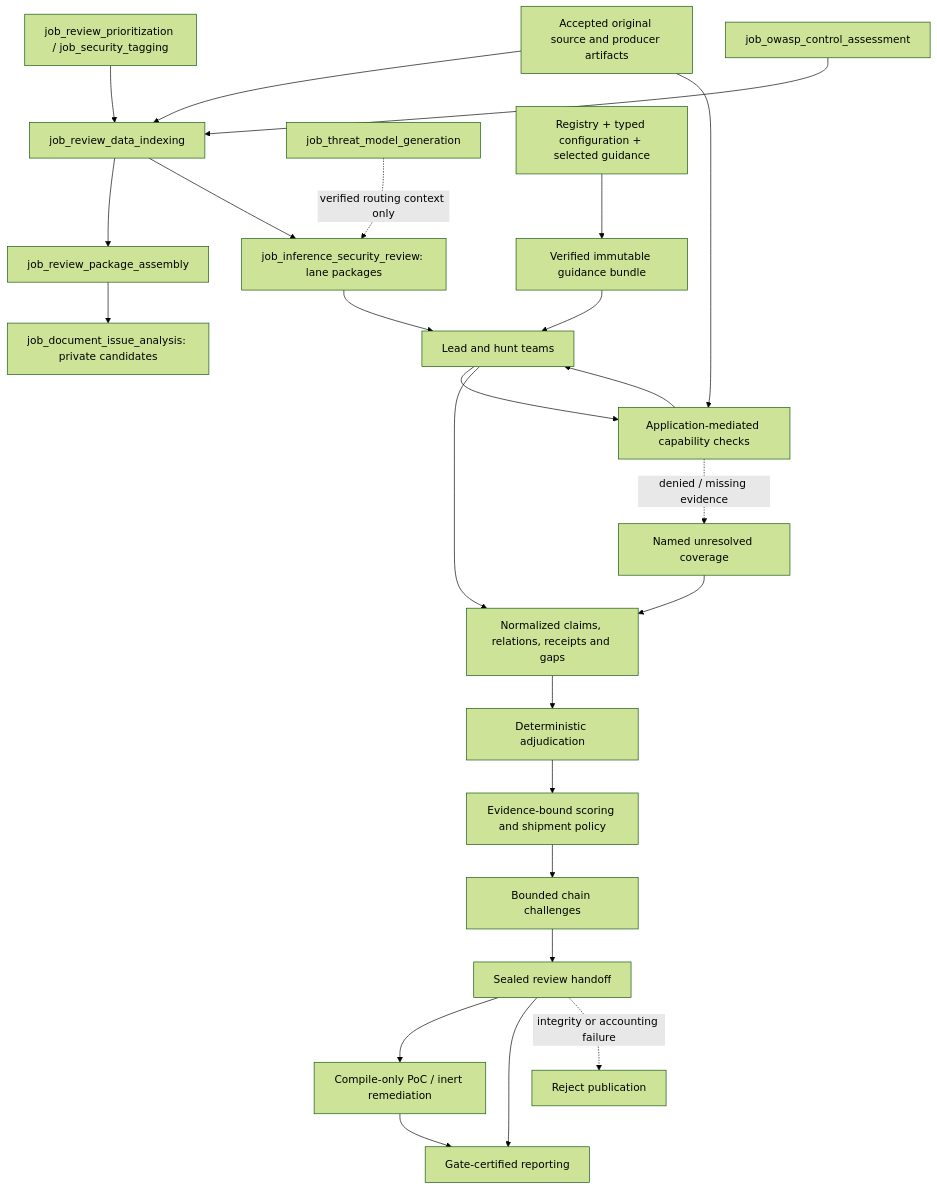
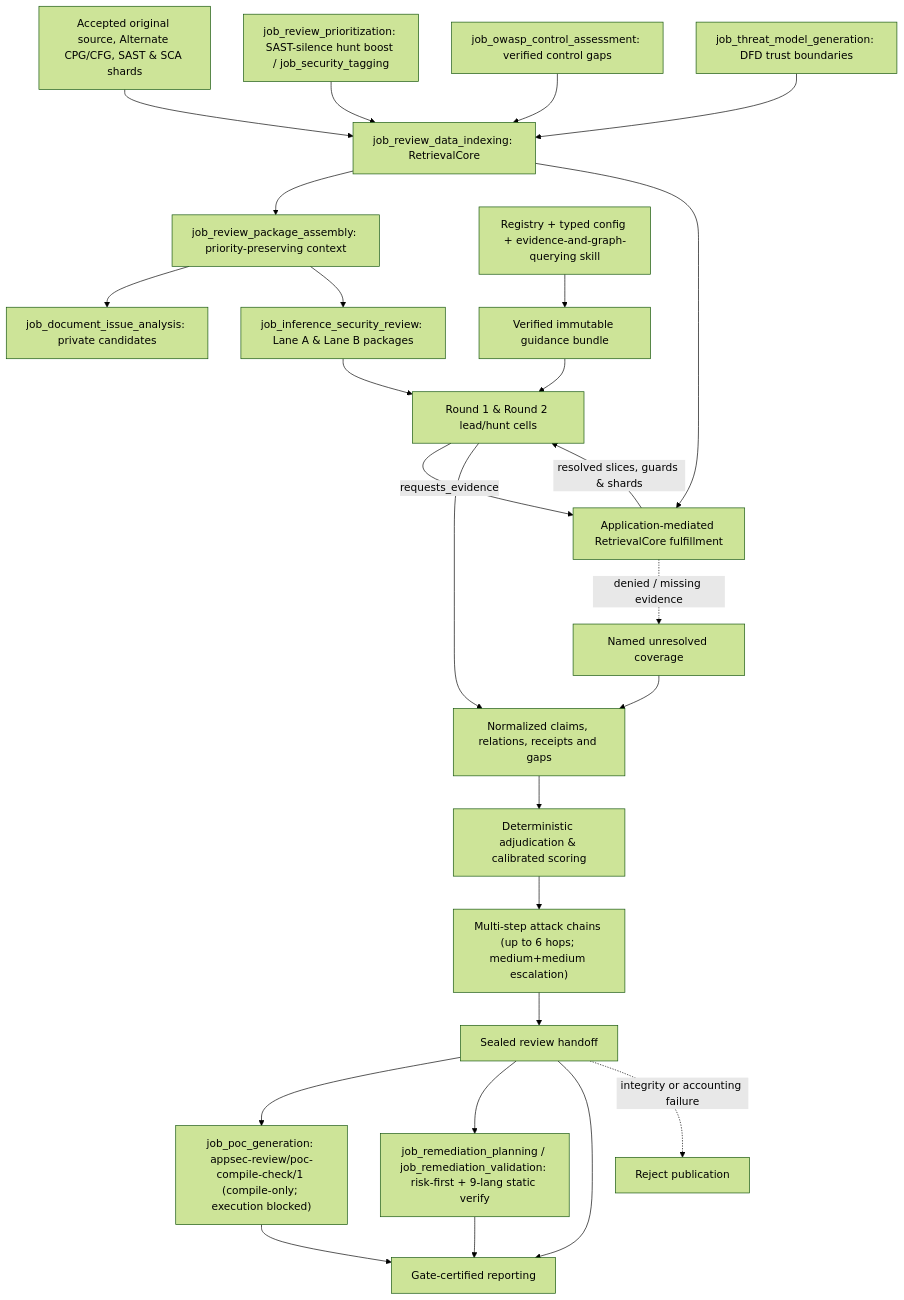
The diagram in docs/architecture/review-inference-and-guidance.md (wsollers/appsec-review), drawn with Mermaid (forest theme) before and after one commit. The commit also changed other lines of this file and 45 other files, not shown here.

First line of the commit message:
docs: reconcile T-168..T-176 registries, architecture diagrams, and generated docs

````diff
--- a/docs/architecture/review-inference-and-guidance.md
+++ b/docs/architecture/review-inference-and-guidance.md
@@ -275,27 +295,28 @@
 ```mermaid
 flowchart TD
-  evidence["Accepted original source and producer artifacts"] --> indexing["job_review_data_indexing"]
-  routing["job_review_prioritization / job_security_tagging"] --> indexing
-  owasp["job_owasp_control_assessment"] --> indexing
-  indexing --> upstream["job_review_package_assembly"]
+  evidence["Accepted original source, Alternate CPG/CFG, SAST & SCA shards"] --> indexing["job_review_data_indexing: RetrievalCore"]
+  routing["job_review_prioritization: SAST-silence hunt boost / job_security_tagging"] --> indexing
+  owasp["job_owasp_control_assessment: verified control gaps"] --> indexing
+  model["job_threat_model_generation: DFD trust boundaries"] --> indexing
+  indexing --> upstream["job_review_package_assembly: priority-preserving context"]
   upstream --> private["job_document_issue_analysis: private candidates"]
-  indexing --> packages["job_inference_security_review: lane packages"]
-  model["job_threat_model_generation"] -. "verified routing context only" .-> packages
-  registry["Registry + typed configuration + selected guidance"] --> bundle["Verified immutable guidance bundle"]
-  bundle --> cells["Lead and hunt teams"]
+  upstream --> packages["job_inference_security_review: Lane A & Lane B packages"]
+  registry["Registry + typed config + evidence-and-graph-querying skill"] --> bundle["Verified immutable guidance bundle"]
+  bundle --> cells["Round 1 & Round 2 lead/hunt cells"]
   packages --> cells
-  cells --> retrieve["Application-mediated capability checks"]
-  evidence --> retrieve
-  retrieve --> cells
+  cells -->|requests_evidence| retrieve["Application-mediated RetrievalCore fulfillment"]
+  indexing --> retrieve
+  retrieve -->|resolved slices, guards & shards| cells
   cells --> ledger["Normalized claims, relations, receipts and gaps"]
-  ledger --> decide["Deterministic adjudication"]
-  decide --> score["Evidence-bound scoring and shipment policy"]
-  score --> chains["Bounded chain challenges"]
+  ledger --> decide["Deterministic adjudication & calibrated scoring"]
+  decide --> chains["Multi-step attack chains (up to 6 hops; medium+medium escalation)"]
   chains --> published["Sealed review handoff"]
-  published --> engineering["Compile-only PoC / inert remediation"]
+  published --> poc["job_poc_generation: appsec-review/poc-compile-check/1 (compile-only; execution blocked)"]
+  published --> rem["job_remediation_planning / job_remediation_validation: risk-first + 9-lang static verify"]
   published --> reporting["Gate-certified reporting"]
-  engineering --> reporting
+  poc --> reporting
+  rem --> reporting
   retrieve -. "denied / missing evidence" .-> gaps["Named unresolved coverage"]
   gaps --> ledger
   published -. "integrity or accounting failure" .-> reject["Reject publication"]
 ```
````
